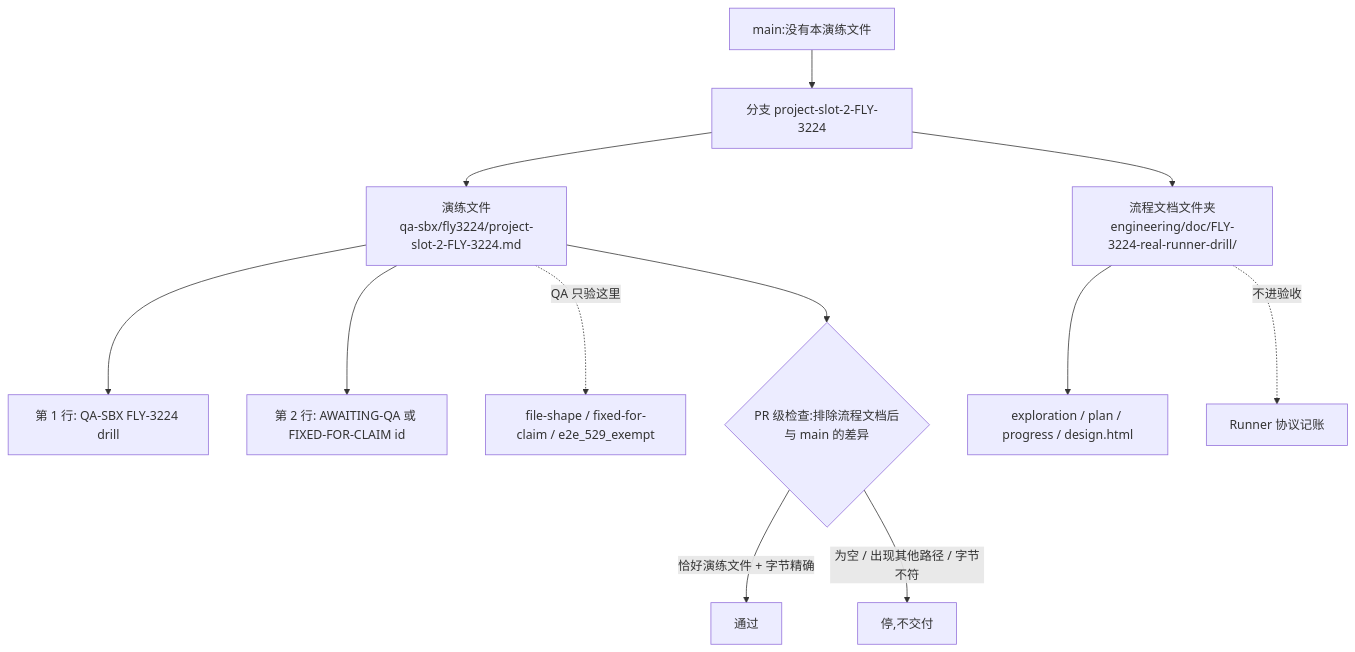
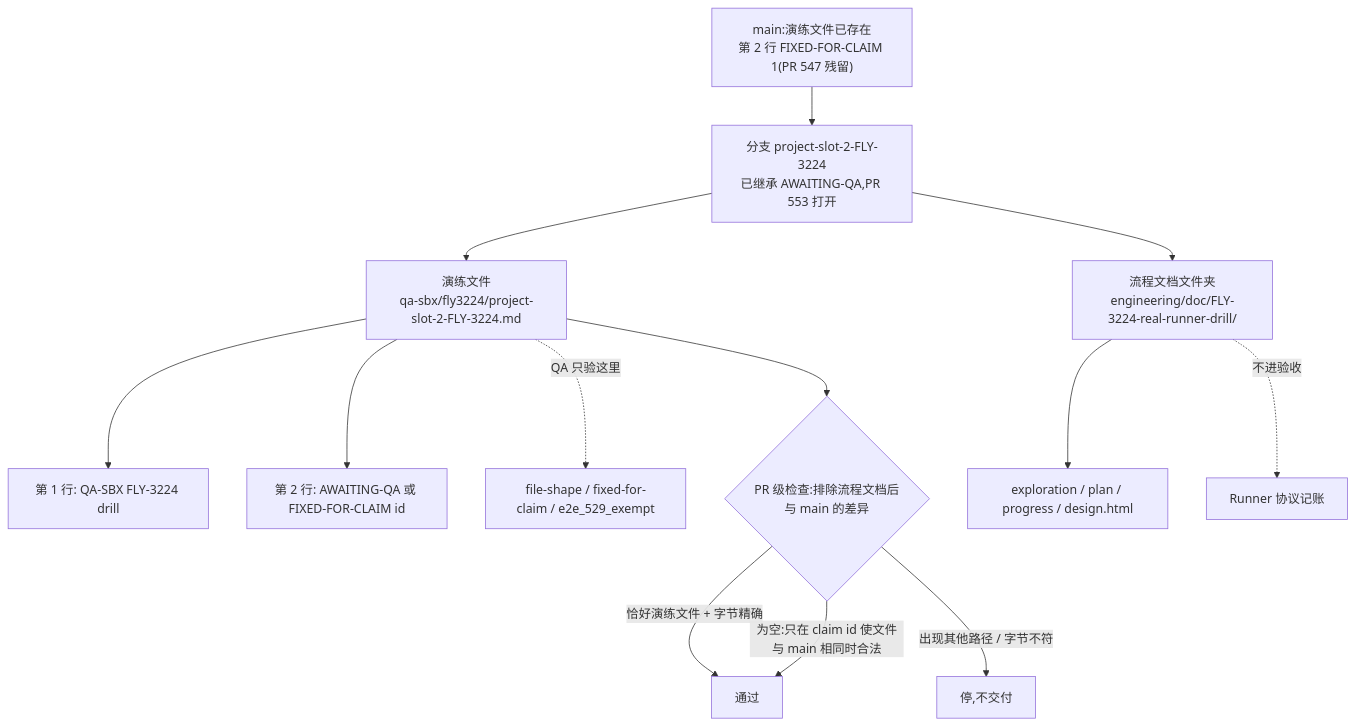
Before and after one commit to xrliAnnie/flywheel-qa-sandbox: the diagram in engineering/doc/FLY-3224-real-runner-drill/d2-data-model.mmd, drawn with Mermaid. The commit also changed 7 other files, not shown here.

```diff
--- a/engineering/doc/FLY-3224-real-runner-drill/d2-data-model.mmd
+++ b/engineering/doc/FLY-3224-real-runner-drill/d2-data-model.mmd
@@ -1,12 +1,13 @@
 flowchart TD
-    M["main:没有本演练文件"] --> B["分支 project-slot-2-FLY-3224"]
+    M["main:演练文件已存在<br/>第 2 行 FIXED-FOR-CLAIM 1(PR 547 残留)"] --> B["分支 project-slot-2-FLY-3224<br/>已继承 AWAITING-QA,PR 553 打开"]
     B --> T["演练文件<br/>qa-sbx/fly3224/project-slot-2-FLY-3224.md"]
     B --> P["流程文档文件夹<br/>engineering/doc/FLY-3224-real-runner-drill/"]
     T --> L1["第 1 行: QA-SBX FLY-3224 drill"]
     T --> L2["第 2 行: AWAITING-QA 或 FIXED-FOR-CLAIM id"]
     P --> X["exploration / plan / progress / design.html"]
     T -. "QA 只验这里" .-> C["file-shape / fixed-for-claim / e2e_529_exempt"]
     P -. "不进验收" .-> N["Runner 协议记账"]
     T --> A{"PR 级检查:排除流程文档后<br/>与 main 的差异"}
     A -- "恰好演练文件 + 字节精确" --> OK["通过"]
-    A -- "为空 / 出现其他路径 / 字节不符" --> STOP["停,不交付"]
+    A -- "为空:只在 claim id 使文件与 main 相同时合法" --> OK
+    A -- "出现其他路径 / 字节不符" --> STOP["停,不交付"]
```
